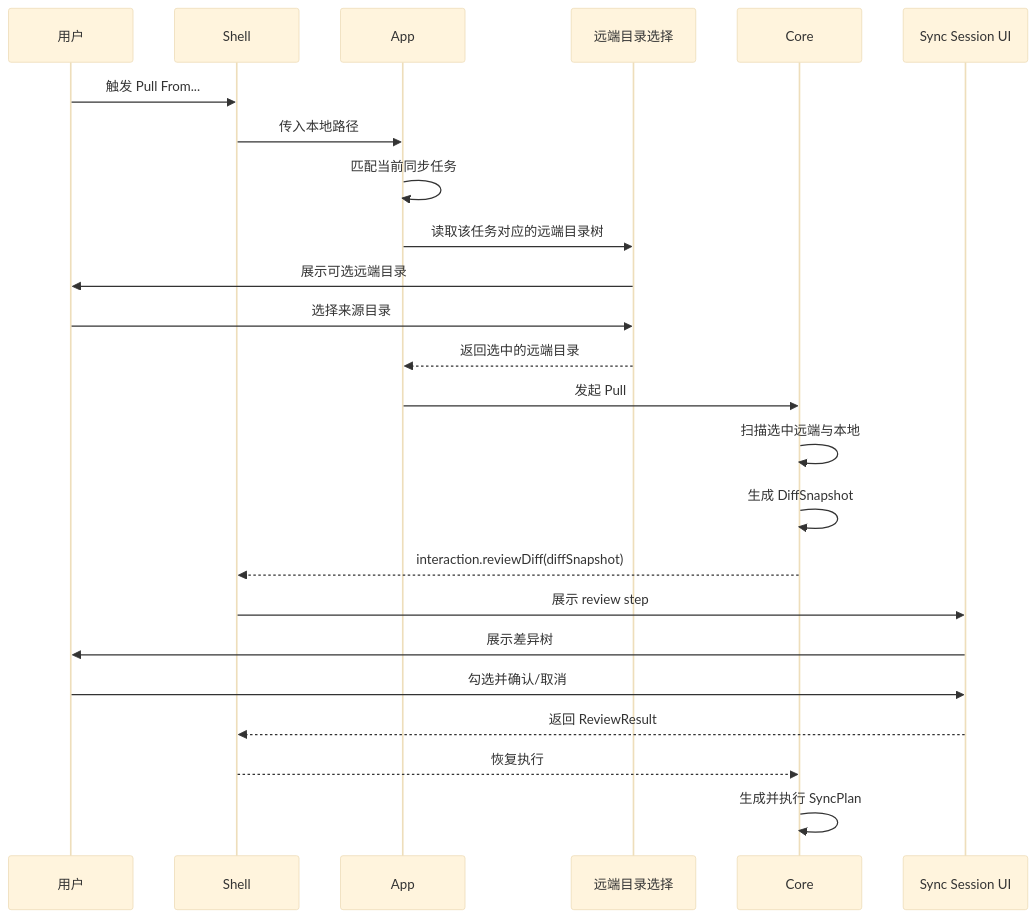
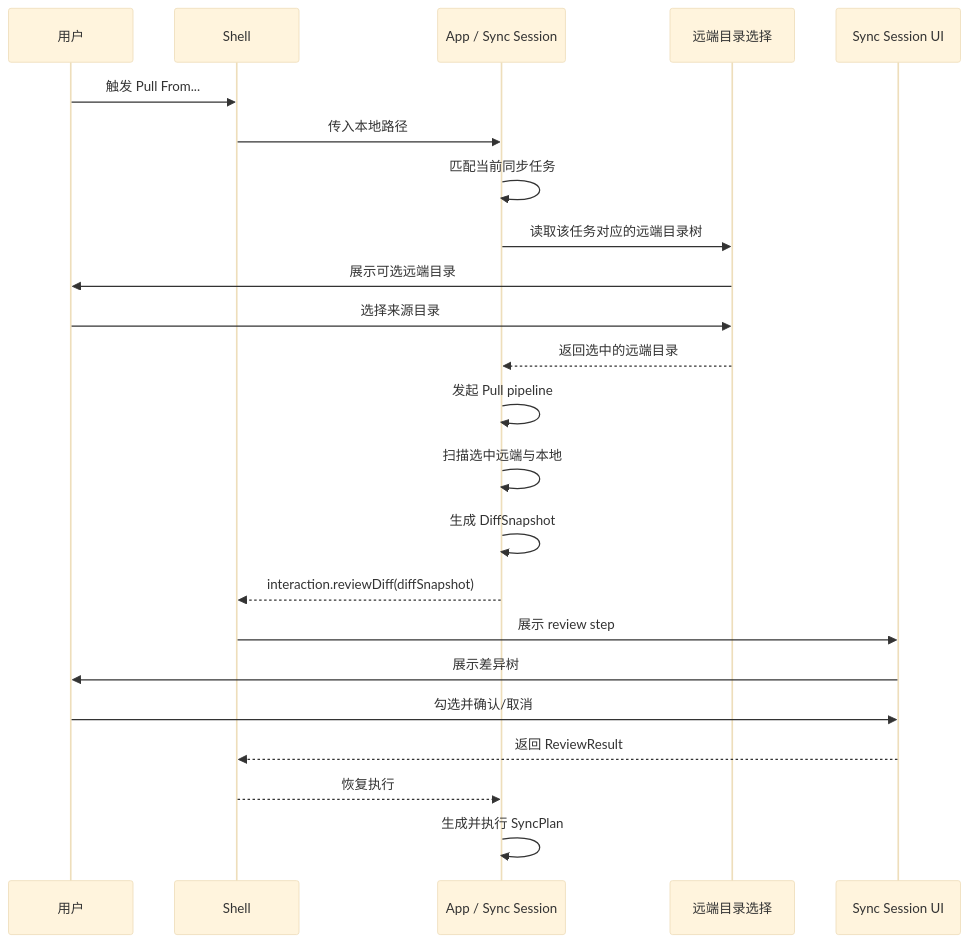
One commit to agalloch21/sync-with-rclone changed the seventh of 15 diagrams in docs/Flows.md. Above: the diagram before and after it, drawn with Mermaid (base theme). The commit also changed other lines of this file and 29 other files, not shown here.

````diff
--- a/docs/Flows.md
+++ b/docs/Flows.md
@@ -170,27 +165,26 @@
 ```mermaid
 sequenceDiagram
   participant U as 用户
   participant S as Shell
-  participant A as App
+  participant A as App / Sync Session
   participant T as 远端目录选择
-  participant C as Core
   participant W as Sync Session UI
 
   U->>S: 触发 Pull From...
   S->>A: 传入本地路径
   A->>A: 匹配当前同步任务
   A->>T: 读取该任务对应的远端目录树
   T->>U: 展示可选远端目录
   U->>T: 选择来源目录
   T-->>A: 返回选中的远端目录
-  A->>C: 发起 Pull
-  C->>C: 扫描选中远端与本地
-  C->>C: 生成 DiffSnapshot
-  C-->>S: interaction.reviewDiff(diffSnapshot)
+  A->>A: 发起 Pull pipeline
+  A->>A: 扫描选中远端与本地
+  A->>A: 生成 DiffSnapshot
+  A-->>S: interaction.reviewDiff(diffSnapshot)
   S->>W: 展示 review step
   W->>U: 展示差异树
   U->>W: 勾选并确认/取消
   W-->>S: 返回 ReviewResult
-  S-->>C: 恢复执行
-  C->>C: 生成并执行 SyncPlan
+  S-->>A: 恢复执行
+  A->>A: 生成并执行 SyncPlan
 ```
````
